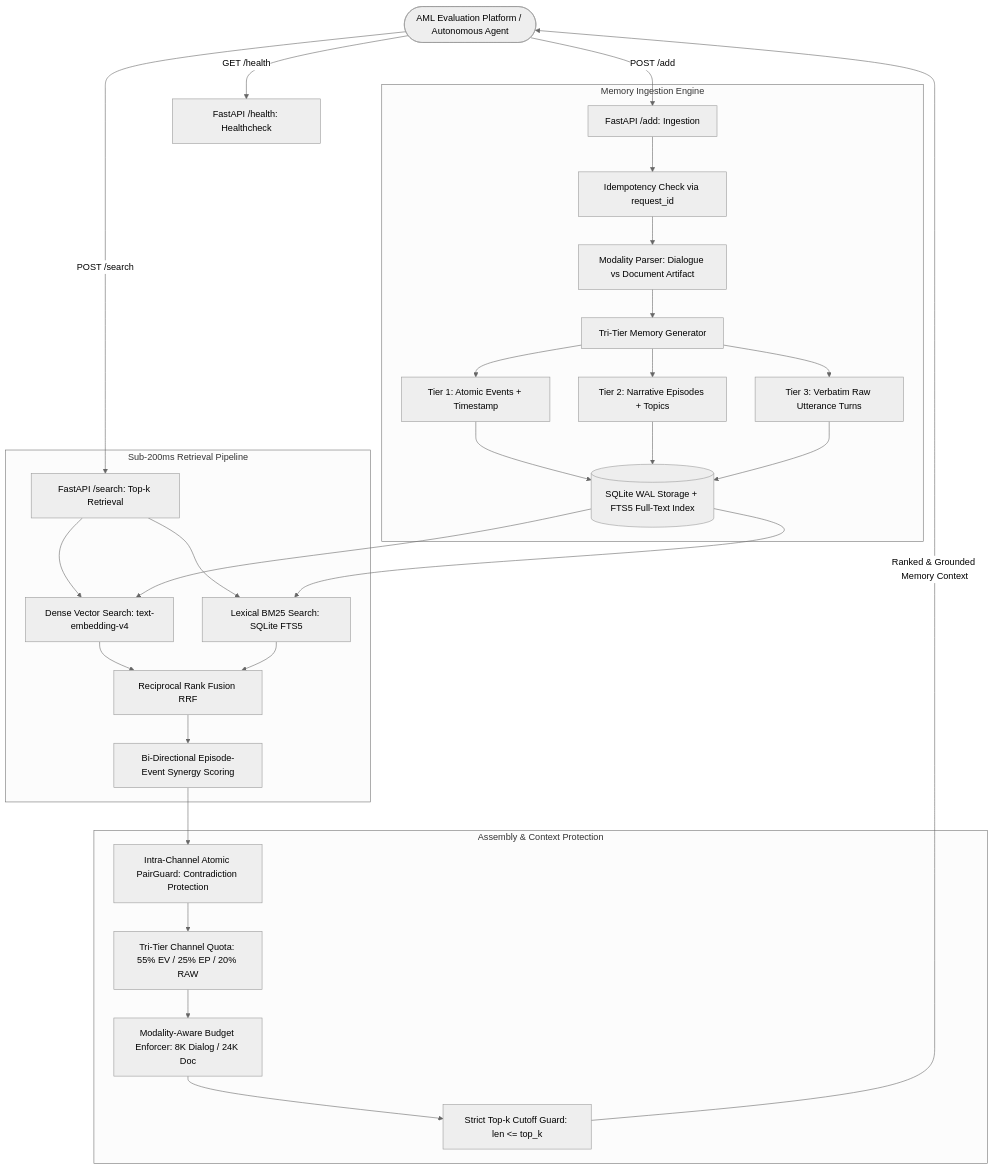
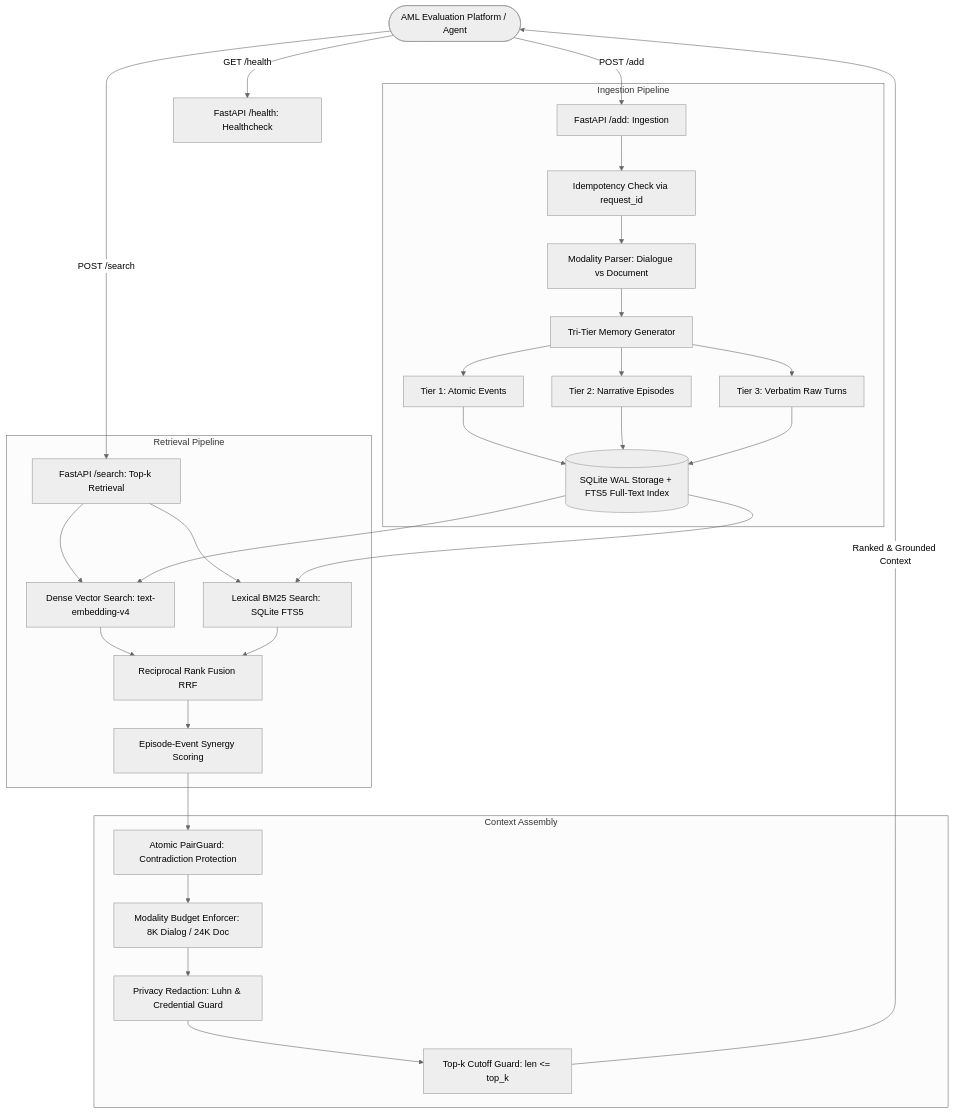
One commit to jianminYa/e2mem-aml-public changed the diagram in README.md. Above: the diagram before and after it, drawn with Mermaid (neutral theme). The commit also changed other lines of this file, not shown here.

Commit message:
docs: streamline README for AML submission compliance and accurate attribution

````diff
--- a/README.md
+++ b/README.md
@@ -35,33 +54,33 @@
 ```mermaid
 flowchart TD
-    User([AML Evaluation Platform / Autonomous Agent]) -->|POST /add| API_Add[FastAPI /add: Ingestion]
+    User([AML Evaluation Platform / Agent]) -->|POST /add| API_Add[FastAPI /add: Ingestion]
     User -->|POST /search| API_Search[FastAPI /search: Top-k Retrieval]
     User -->|GET /health| API_Health[FastAPI /health: Healthcheck]
 
-    subgraph Memory Ingestion Engine
+    subgraph Ingestion Pipeline
         API_Add --> Ingest[Idempotency Check via request_id]
-        Ingest --> Splitter[Modality Parser: Dialogue vs Document Artifact]
+        Ingest --> Splitter[Modality Parser: Dialogue vs Document]
         Splitter --> TriTier[Tri-Tier Memory Generator]
-        TriTier --> EV[Tier 1: Atomic Events + Timestamp]
-        TriTier --> EP[Tier 2: Narrative Episodes + Topics]
-        TriTier --> RAW[Tier 3: Verbatim Raw Utterance Turns]
+        TriTier --> EV[Tier 1: Atomic Events]
+        TriTier --> EP[Tier 2: Narrative Episodes]
+        TriTier --> RAW[Tier 3: Verbatim Raw Turns]
         EV & EP & RAW --> SQLite[(SQLite WAL Storage + FTS5 Full-Text Index)]
     end
 
-    subgraph Sub-200ms Retrieval Pipeline
+    subgraph Retrieval Pipeline
         API_Search --> Dense[Dense Vector Search: text-embedding-v4]
         API_Search --> Lexical[Lexical BM25 Search: SQLite FTS5]
         SQLite --> Dense & Lexical
         Dense & Lexical --> RRF[Reciprocal Rank Fusion RRF]
-        RRF --> Synergy[Bi-Directional Episode-Event Synergy Scoring]
+        RRF --> Synergy[Episode-Event Synergy Scoring]
     end
 
-    subgraph Assembly & Context Protection
-        Synergy --> PairGuard[Intra-Channel Atomic PairGuard: Contradiction Protection]
-        PairGuard --> Quota[Tri-Tier Channel Quota: 55% EV / 25% EP / 20% RAW]
-        Quota --> ModalityBudget[Modality-Aware Budget Enforcer: 8K Dialog / 24K Doc]
-        ModalityBudget --> TopKGuard[Strict Top-k Cutoff Guard: len <= top_k]
+    subgraph Context Assembly
+        Synergy --> PairGuard[Atomic PairGuard: Contradiction Protection]
+        PairGuard --> Budget[Modality Budget Enforcer: 8K Dialog / 24K Doc]
+        Budget --> Redact[Privacy Redaction: Luhn & Credential Guard]
+        Redact --> TopK[Top-k Cutoff Guard: len <= top_k]
     end
 
-    TopKGuard -->|Ranked & Grounded Memory Context| User
+    TopK -->|Ranked & Grounded Context| User
 ```
````
